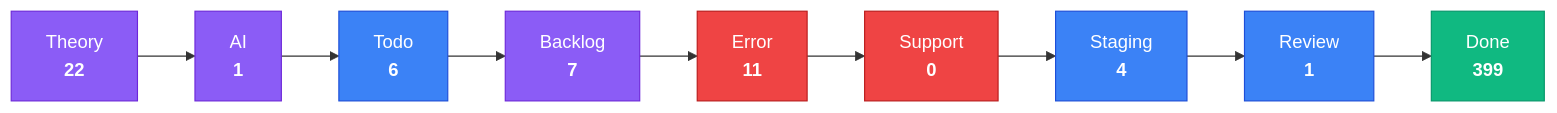
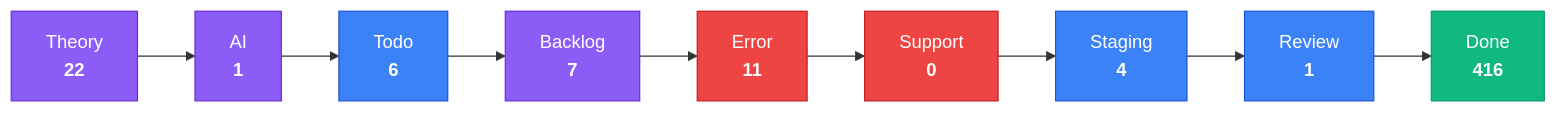
The third of 4 diagrams in apps/kbve/astro-kbve/src/content/docs/dashboard/kanban-data.mdx (KBVE/kbve), drawn with Mermaid before and after one commit. The commit also changed other lines of this file and 8 other files, not shown here.

````diff
--- a/apps/kbve/astro-kbve/src/content/docs/dashboard/kanban-data.mdx
+++ b/apps/kbve/astro-kbve/src/content/docs/dashboard/kanban-data.mdx
@@ -80,28 +80,28 @@
 ```mermaid
 flowchart LR
     classDef planning fill:#8b5cf6,stroke:#6d28d9,color:#fff
     classDef active fill:#3b82f6,stroke:#1d4ed8,color:#fff
     classDef blocked fill:#ef4444,stroke:#b91c1c,color:#fff
     classDef done fill:#10b981,stroke:#059669,color:#fff
     Theory["Theory<br/><strong>22</strong>"]
     Theory --> AI
     AI["AI<br/><strong>1</strong>"]
     AI --> Todo
     Todo["Todo<br/><strong>6</strong>"]
     Todo --> Backlog
     Backlog["Backlog<br/><strong>7</strong>"]
     Backlog --> Error
     Error["Error<br/><strong>11</strong>"]
     Error --> Support
     Support["Support<br/><strong>0</strong>"]
     Support --> Staging
     Staging["Staging<br/><strong>4</strong>"]
     Staging --> Review
     Review["Review<br/><strong>1</strong>"]
     Review --> Done
-    Done["Done<br/><strong>399</strong>"]
+    Done["Done<br/><strong>416</strong>"]
     class Theory,AI,Backlog planning
     class Todo,Staging,Review active
     class Error,Support blocked
     class Done done
 ```
````
